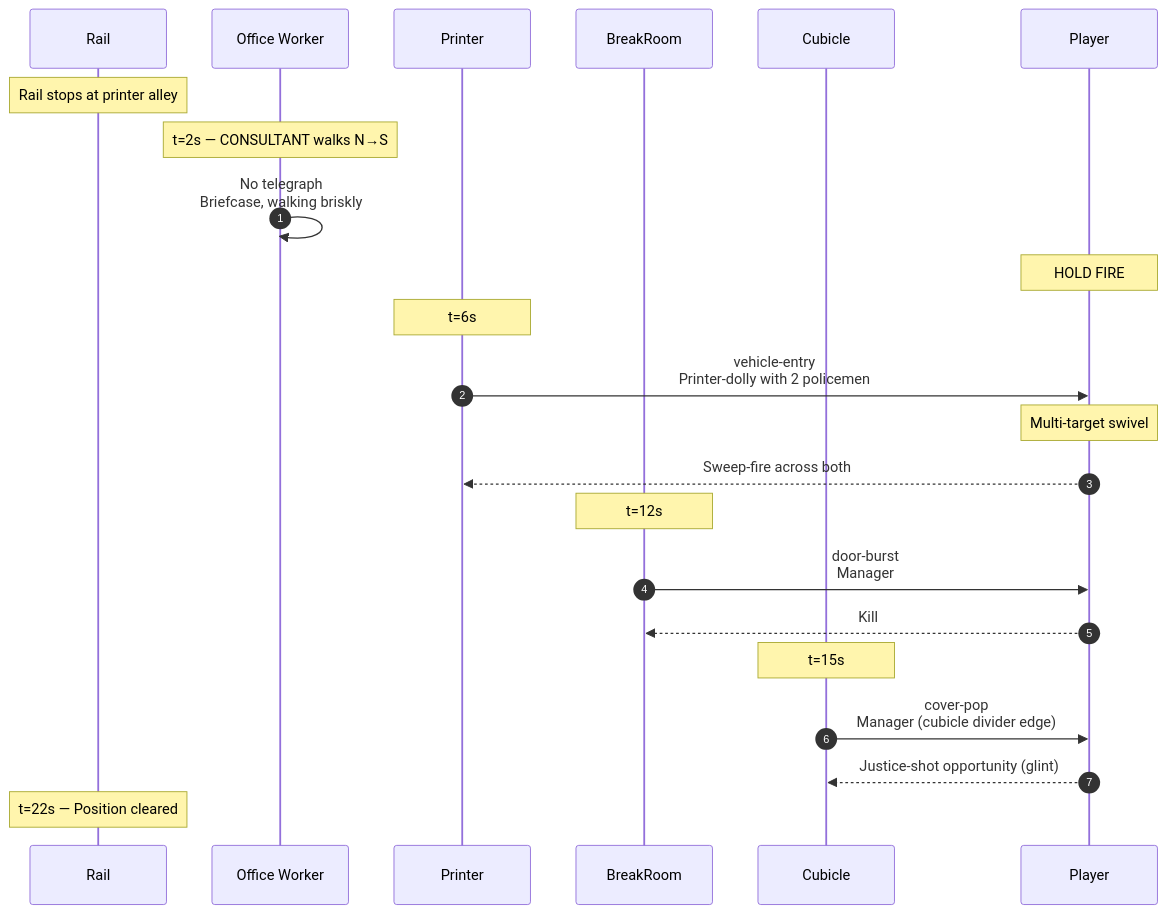
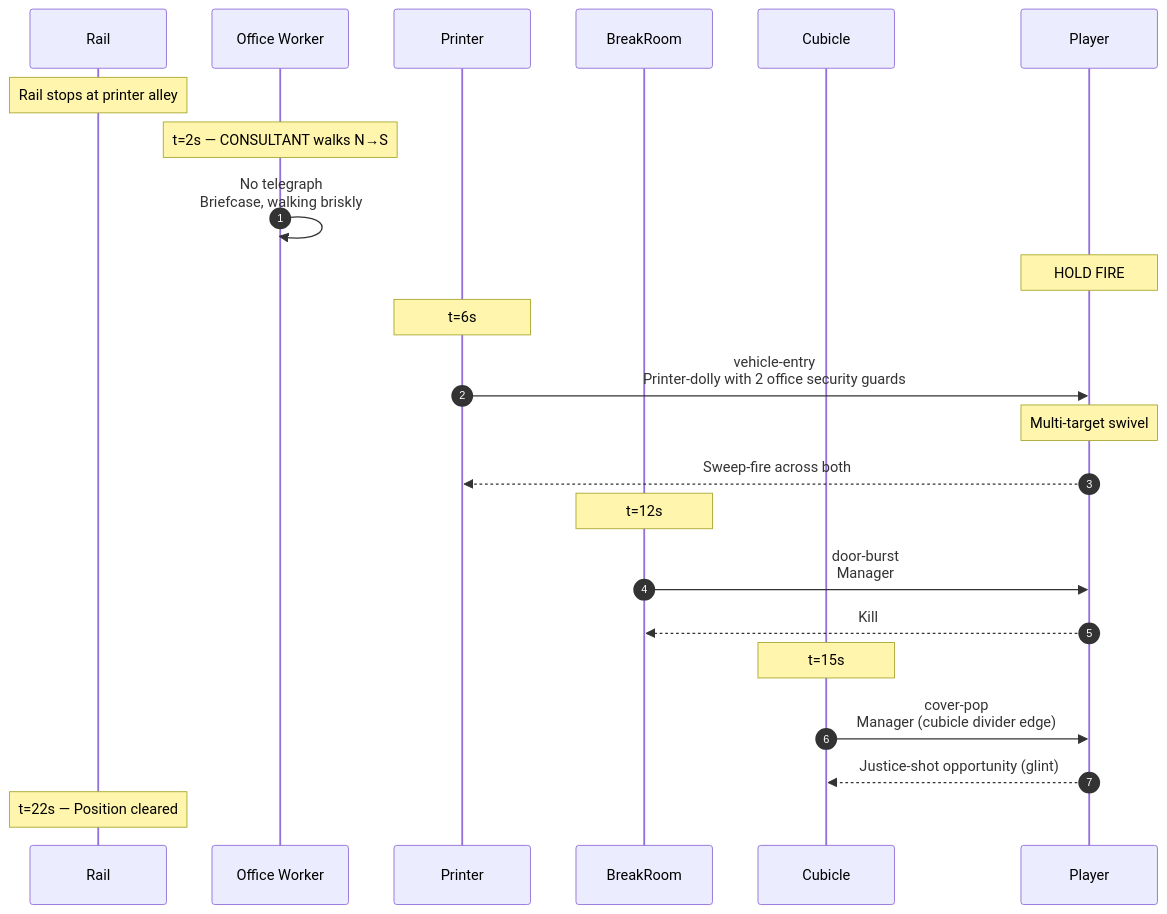
Before and after one commit to arcade-cabinet/department-of-redundancy-department: the third of 4 diagrams in docs/spec/levels/03-open-plan.md, drawn with Mermaid. The commit also changed other lines of this file and 14 other files, not shown here.

First line of the commit message:
refactor(lore): repurpose policeman → office security guard, swat → head of security

````diff
--- a/docs/spec/levels/03-open-plan.md
+++ b/docs/spec/levels/03-open-plan.md
@@ -115,31 +115,31 @@
 ```mermaid
 sequenceDiagram
     autonumber
     participant Rail
     participant Civilian as Office Worker
     participant Printer
     participant BreakRoom
     participant Cubicle
     participant Player
 
     Note over Rail: Rail stops at printer alley
 
     Note over Civilian: t=2s — CONSULTANT walks N→S
     Civilian->>Civilian: No telegraph<br/>Briefcase, walking briskly
     Note over Player: HOLD FIRE
 
     Note over Printer: t=6s
-    Printer->>Player: vehicle-entry<br/>Printer-dolly with 2 policemen
+    Printer->>Player: vehicle-entry<br/>Printer-dolly with 2 office security guards
     Note over Player: Multi-target swivel
     Player-->>Printer: Sweep-fire across both
 
     Note over BreakRoom: t=12s
     BreakRoom->>Player: door-burst<br/>Manager
     Player-->>BreakRoom: Kill
 
     Note over Cubicle: t=15s
     Cubicle->>Player: cover-pop<br/>Manager (cubicle divider edge)
     Player-->>Cubicle: Justice-shot opportunity (glint)
 
     Note over Rail: t=22s — Position cleared
 ```
````
